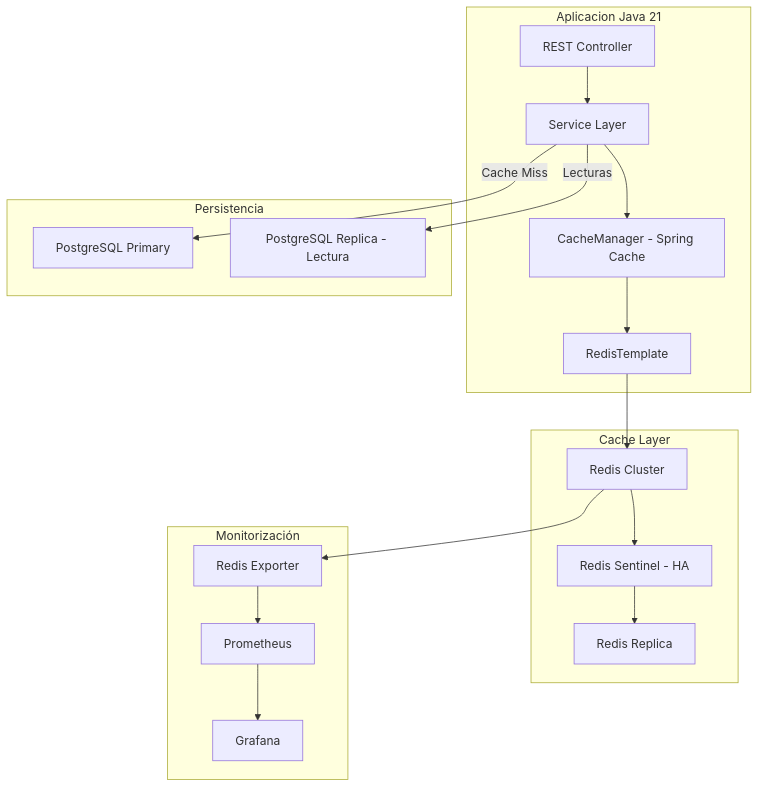
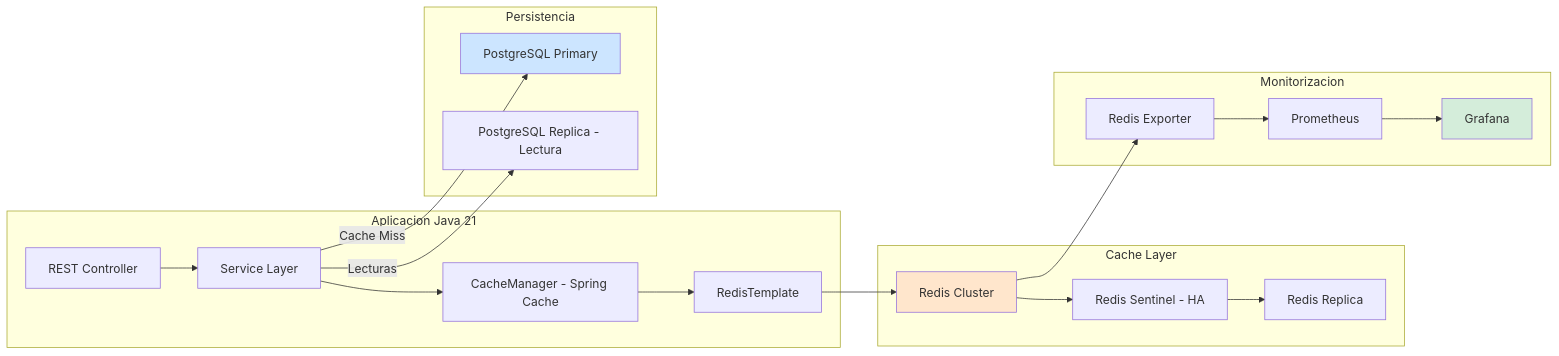
One commit to Joaquinriosheredia/DAM-Java-Mastery changed the second of 4 diagrams in 04_Bases_de_Datos/optimizacion_jvm_y_cache_distribuida_redis_java_21_STAFF.md. Above: the diagram before and after it, drawn with Mermaid. The commit also changed other lines of this file, not shown here.

Commit message:
optimizacion_jvm_y_cache_distribuida_redis_java_21_STAFF.md

````diff
--- a/04_Bases_de_Datos/optimizacion_jvm_y_cache_distribuida_redis_java_21_STAFF.md
+++ b/04_Bases_de_Datos/optimizacion_jvm_y_cache_distribuida_redis_java_21_STAFF.md
@@ -74,34 +121,42 @@
 ```mermaid
-graph TD
-    subgraph Aplicacion Java 21
-        A[REST Controller]
-        B[Service Layer]
-        C[CacheManager - Spring Cache]
-        D[RedisTemplate]
+graph LR
+    subgraph "Aplicacion Java 21"
+        CTRL[REST Controller]
+        SVC[Service Layer]
+        CACHE[CacheManager - Spring Cache]
+        REDIS[RedisTemplate]
     end
-    subgraph Cache Layer
-        E[Redis Cluster]
-        F[Redis Sentinel - HA]
-        G[Redis Replica]
+    
+    subgraph "Cache Layer"
+        CLUSTER[Redis Cluster]
+        SENTINEL[Redis Sentinel - HA]
+        REPLICA[Redis Replica]
     end
-    subgraph Persistencia
-        H[PostgreSQL Primary]
-        I[PostgreSQL Replica - Lectura]
+    
+    subgraph "Persistencia"
+        PG_PRIMARY[PostgreSQL Primary]
+        PG_REPLICA[PostgreSQL Replica - Lectura]
     end
-    subgraph Monitorización
-        J[Redis Exporter]
-        K[Prometheus]
-        L[Grafana]
+    
+    subgraph "Monitorizacion"
+        EXPORTER[Redis Exporter]
+        PROM[Prometheus]
+        GRAF[Grafana]
     end
-    A --> B
-    B --> C
-    C --> D
-    D --> E
-    E --> F
-    F --> G
-    B -->|Cache Miss| H
-    B -->|Lecturas| I
-    E --> J
-    J --> K
-    K --> L
+    
+    CTRL --> SVC
+    SVC --> CACHE
+    CACHE --> REDIS
+    REDIS --> CLUSTER
+    CLUSTER --> SENTINEL
+    SENTINEL --> REPLICA
+    SVC -->|Cache Miss| PG_PRIMARY
+    SVC -->|Lecturas| PG_REPLICA
+    CLUSTER --> EXPORTER
+    EXPORTER --> PROM
+    PROM --> GRAF
+    
+    style CLUSTER fill:#ffe6cc
+    style PG_PRIMARY fill:#cce5ff
+    style GRAF fill:#d4edda
 ```
````
